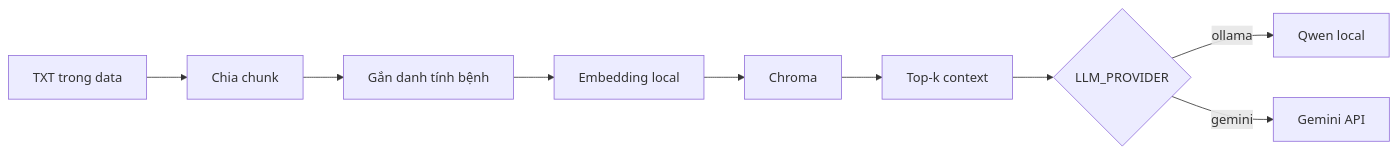
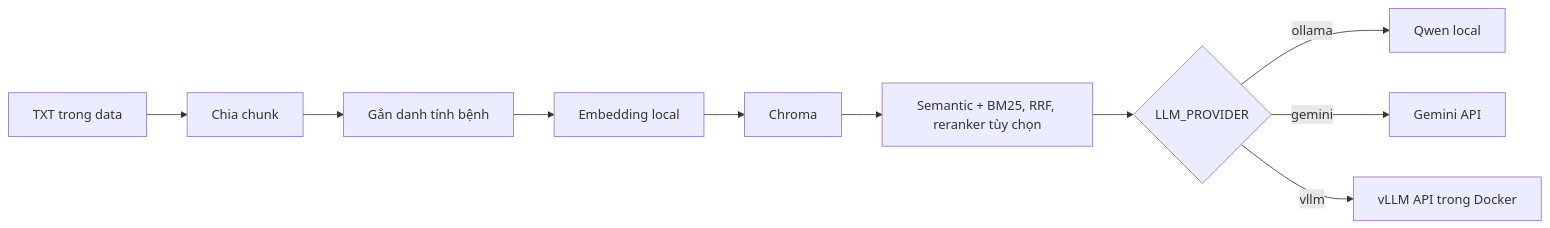
Before and after one commit to thuanngza2203/capstone-project-039-253: the diagram in RAG-module/README.md, drawn with Mermaid. The commit also changed other lines of this file and 56 other files, not shown here.

````diff
--- a/RAG-module/README.md
+++ b/RAG-module/README.md
@@ -9,11 +10,12 @@
 ```mermaid
 flowchart LR
     A[TXT trong data] --> B[Chia chunk]
     B --> C[Gắn danh tính bệnh]
     C --> D[Embedding local]
     D --> E[Chroma]
-    E --> F[Top-k context]
+    E --> F[Semantic + BM25, RRF, reranker tùy chọn]
     F --> G{LLM_PROVIDER}
     G -->|ollama| H[Qwen local]
     G -->|gemini| I[Gemini API]
+    G -->|vllm| J[vLLM API trong Docker]
 ```
````
